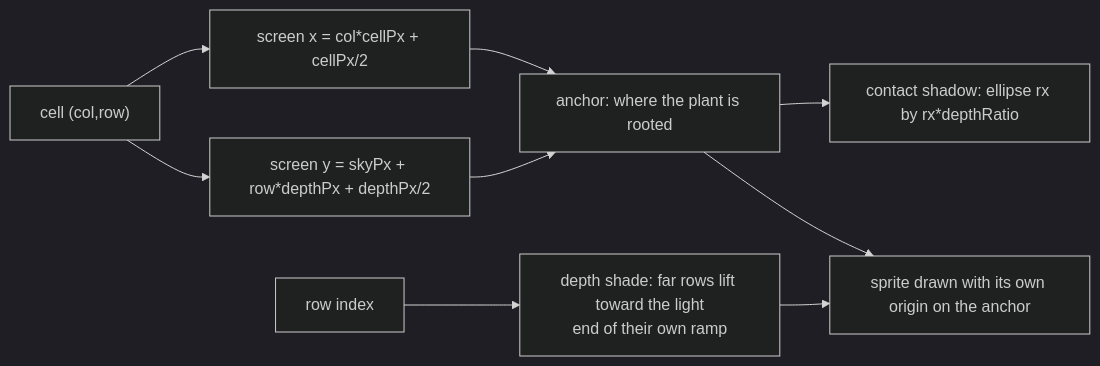
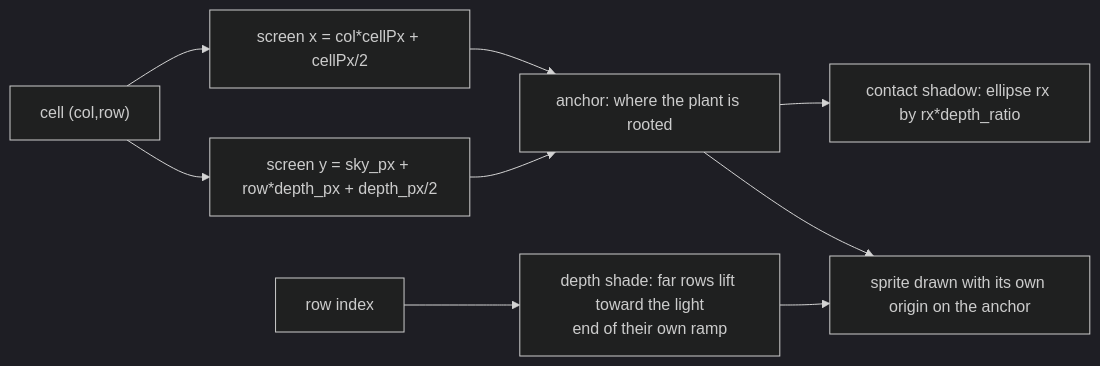
Before and after one commit to tmpk13/grow: the eighth of 29 diagrams in ARCHITECTURE.md, drawn with Mermaid (dark theme). The commit also changed other lines of this file and 55 other files, not shown here.

````diff
--- a/ARCHITECTURE.md
+++ b/ARCHITECTURE.md
@@ -265,11 +434,11 @@
 ```mermaid
 flowchart LR
   cell["cell (col,row)"] --> ax["screen x = col*cellPx + cellPx/2"]
-  cell --> ay["screen y = skyPx + row*depthPx + depthPx/2"]
+  cell --> ay["screen y = sky_px + row*depth_px + depth_px/2"]
   ax --> anchor["anchor: where the plant is rooted"]
   ay --> anchor
-  anchor --> shadow["contact shadow: ellipse rx by rx*depthRatio"]
+  anchor --> shadow["contact shadow: ellipse rx by rx*depth_ratio"]
   anchor --> sprite["sprite drawn with its own origin on the anchor"]
   row["row index"] --> haze["depth shade: far rows lift toward the light<br/>end of their own ramp"]
   haze --> sprite
 ```
````
